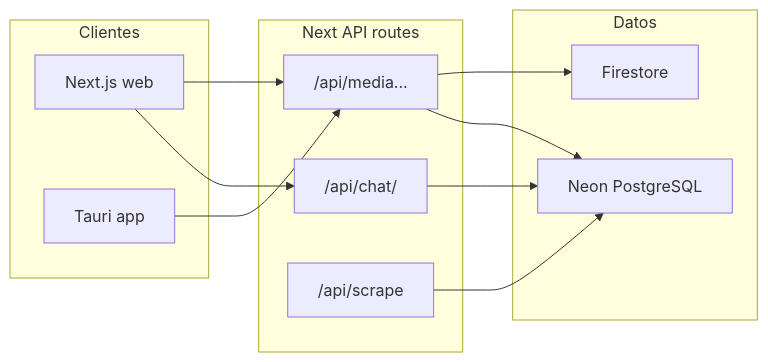
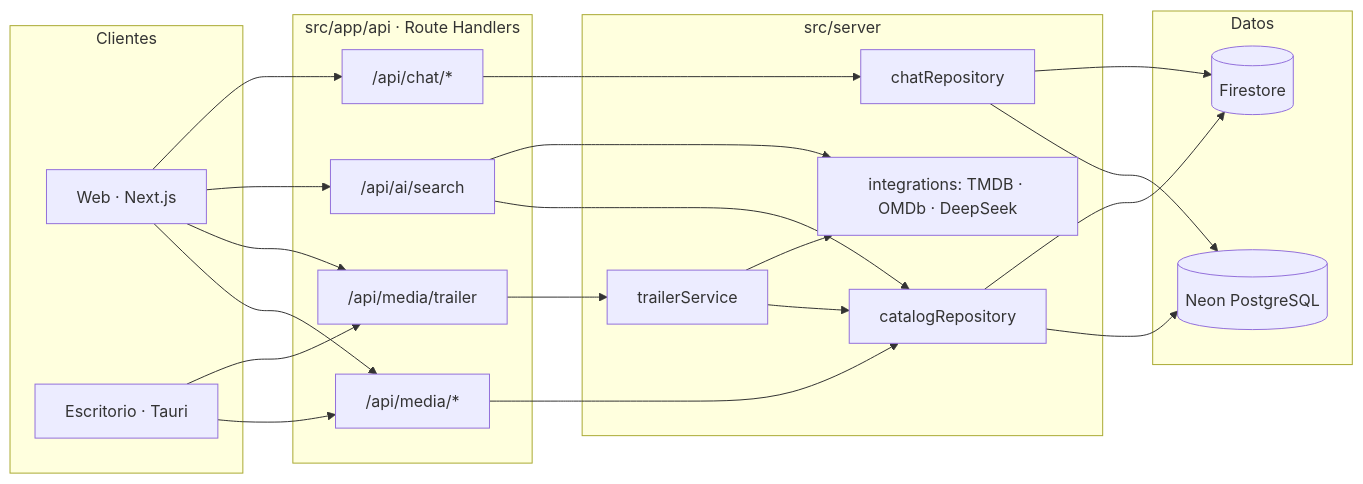
One commit to santyxswc/streaming-Sntx changed the diagram in README.md. Above: the diagram before and after it, drawn with Mermaid. The commit also changed other lines of this file and 8 other files, not shown here.

First line of the commit message:
docs: rewrite README and guides for the trailer catalog architecture

````diff
--- a/README.md
+++ b/README.md
@@ -55,23 +33,31 @@
 ```mermaid
 flowchart LR
-  subgraph client [Clientes]
-    Web[Next.js web]
-    Desktop[Tauri app]
+  subgraph clients [Clientes]
+    Web[Web · Next.js]
+    Desktop[Escritorio · Tauri]
   end
-  subgraph api [Next API routes]
-    Media["/api/media..."]
-    Chat["/api/chat/"]
-    Scrape["/api/scrape"]
+  subgraph api [src/app/api · Route Handlers]
+    Media["/api/media/*"]
+    Trailer["/api/media/trailer"]
+    AI["/api/ai/search"]
+    Chat["/api/chat/*"]
+  end
+  subgraph server [src/server]
+    CatalogRepo[catalogRepository]
+    TrailerSvc[trailerService]
+    ChatRepo[chatRepository]
+    Integrations[integrations: TMDB · OMDb · DeepSeek]
   end
   subgraph data [Datos]
-    Firestore[Firestore]
-    Neon[Neon PostgreSQL]
+    Neon[(Neon PostgreSQL)]
+    Firestore[(Firestore)]
   end
-  Web --> Media
-  Desktop --> Media
-  Web --> Chat
-  Scrape --> Neon
-  Media --> Firestore
-  Media --> Neon
-  Chat --> Neon
+  Web --> Media & Trailer & AI & Chat
+  Desktop --> Media & Trailer
+  Media --> CatalogRepo
+  AI --> CatalogRepo & Integrations
+  Trailer --> TrailerSvc --> CatalogRepo & Integrations
+  Chat --> ChatRepo
+  CatalogRepo --> Neon & Firestore
+  ChatRepo --> Neon & Firestore
 ```
````
